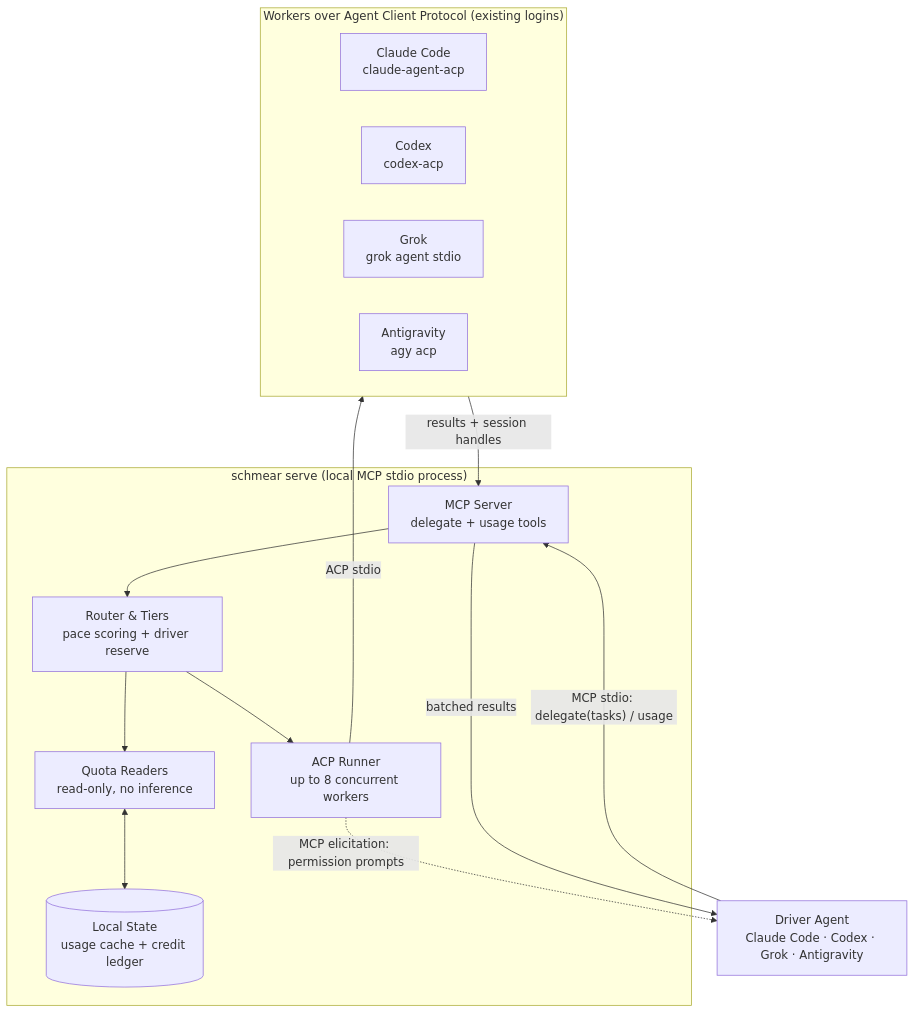
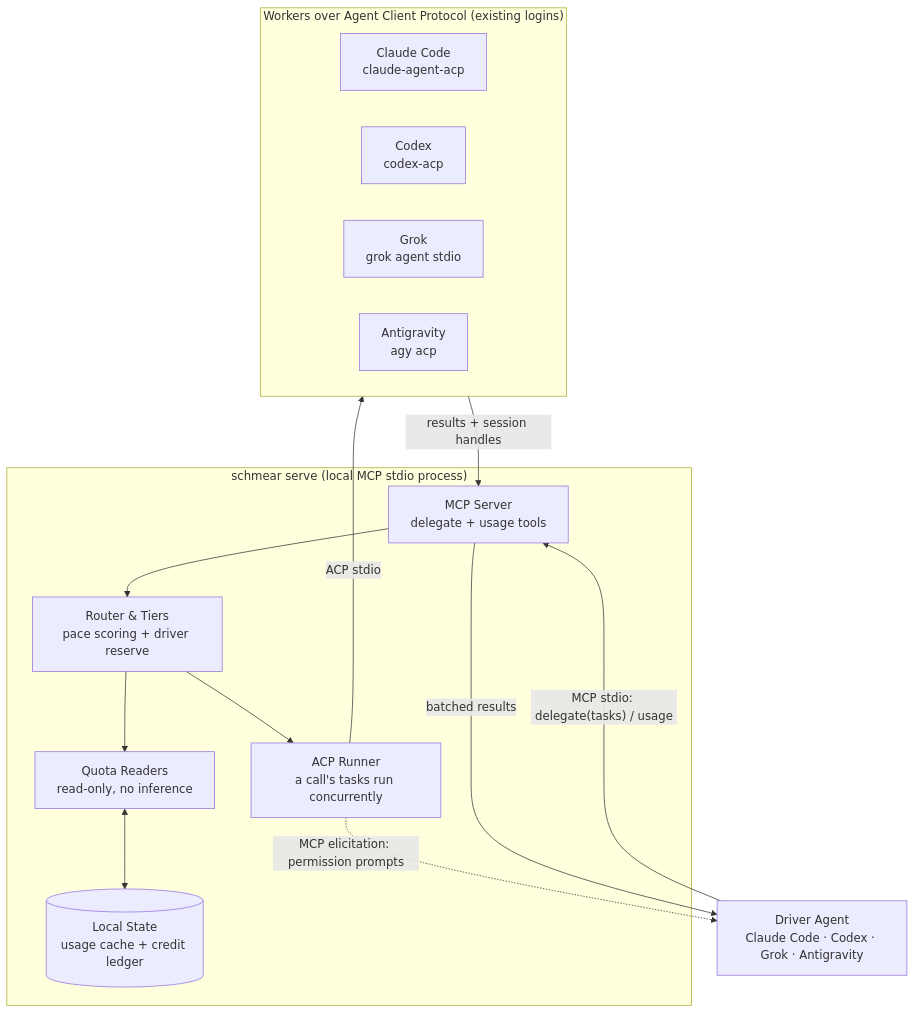
One commit to ankit8898/schmear changed the diagram in README.md. Above: the diagram before and after it, drawn with Mermaid. The commit also changed other lines of this file and 4 other files, not shown here.

````diff
--- a/README.md
+++ b/README.md
@@ -117,31 +117,31 @@
 ```mermaid
 flowchart TB
     driver["Driver Agent<br/>Claude Code · Codex · Grok · Antigravity"]
 
     subgraph schmear["schmear serve (local MCP stdio process)"]
         server["MCP Server<br/>delegate + usage tools"]
         router["Router & Tiers<br/>pace scoring + driver reserve"]
         usage["Quota Readers<br/>read-only, no inference"]
-        acp["ACP Runner<br/>up to 8 concurrent workers"]
+        acp["ACP Runner<br/>a call's tasks run concurrently"]
         state[("Local State<br/>usage cache + credit ledger")]
 
         server --> router
         router --> usage
         usage <--> state
         router --> acp
     end
 
     subgraph workers["Workers over Agent Client Protocol (existing logins)"]
         direction LR
         w1["Claude Code<br/>claude-agent-acp"]
         w2["Codex<br/>codex-acp"]
         w3["Grok<br/>grok agent stdio"]
         w4["Antigravity<br/>agy acp"]
     end
 
     driver -- "MCP stdio: delegate(tasks) / usage" --> server
     acp -. "MCP elicitation: permission prompts" .-> driver
     acp -- "ACP stdio" --> workers
     workers -- "results + session handles" --> server
     server -- "batched results" --> driver
 ```
````
